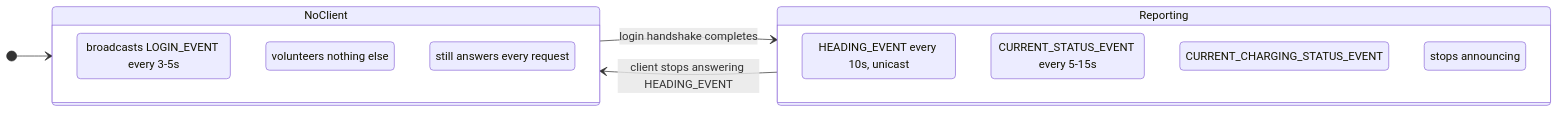
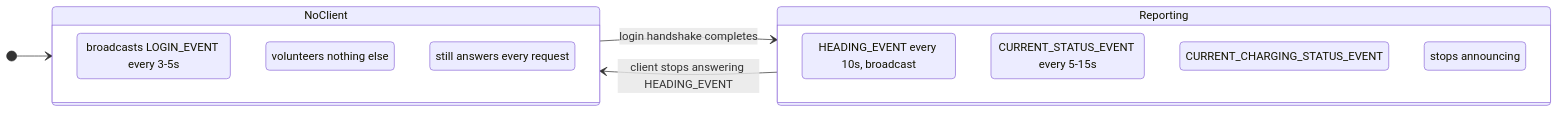
The diagram in docs/device-behaviour.md (RafaelSchridi/evsemaster), drawn with Mermaid before and after one commit. The commit also changed other lines of this file and 4 other files, not shown here.

````diff
--- a/docs/device-behaviour.md
+++ b/docs/device-behaviour.md
@@ -26,23 +24,23 @@
 ```mermaid
 stateDiagram-v2
     direction LR
     [*] --> NoClient
 
     NoClient --> Reporting: login handshake completes
     Reporting --> NoClient: client stops answering HEADING_EVENT
 
     state NoClient {
         direction TB
         a: broadcasts LOGIN_EVENT every 3-5s
         b: volunteers nothing else
         c: still answers every request
     }
 
     state Reporting {
         direction TB
-        d: HEADING_EVENT every 10s, unicast
+        d: HEADING_EVENT every 10s, broadcast
         e: CURRENT_STATUS_EVENT every 5-15s
         f: CURRENT_CHARGING_STATUS_EVENT
         g: stops announcing
     }
 ```
````
